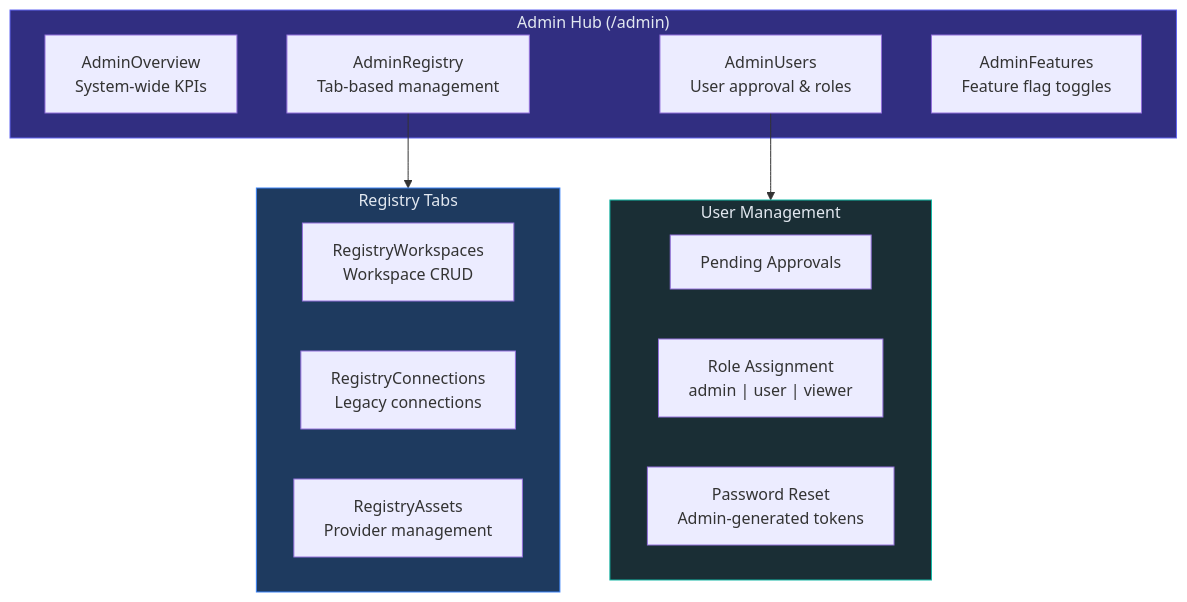
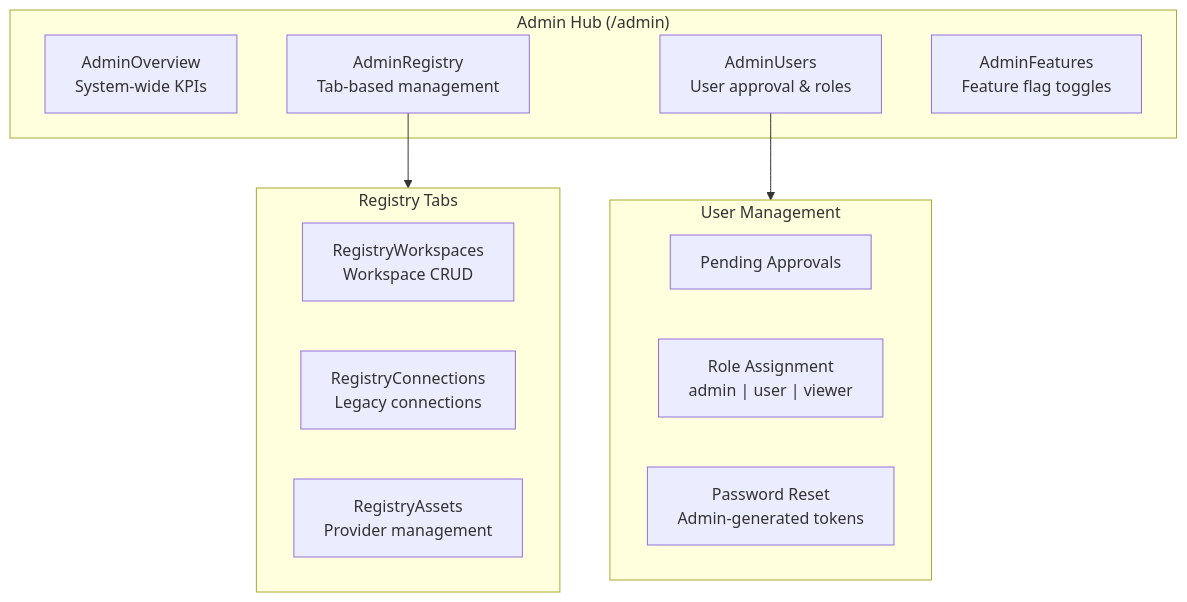
Before and after one commit to rkrumins/dataviz: the ninth of 11 diagrams in docs/FRONTEND.md, drawn with Mermaid. The commit also changed other lines of this file and 46 other files, not shown here.

````diff
--- a/docs/FRONTEND.md
+++ b/docs/FRONTEND.md
@@ -448,28 +429,25 @@
 ```mermaid
 graph TB
     subgraph Admin["Admin Hub (/admin)"]
         Overview["AdminOverview<br/>System-wide KPIs"]
         Registry["AdminRegistry<br/>Tab-based management"]
         Users["AdminUsers<br/>User approval & roles"]
         Features["AdminFeatures<br/>Feature flag toggles"]
     end
 
     subgraph RegistryTabs["Registry Tabs"]
         WSReg["RegistryWorkspaces<br/>Workspace CRUD"]
         ConnReg["RegistryConnections<br/>Legacy connections"]
         AssetReg["RegistryAssets<br/>Provider management"]
     end
 
     subgraph UserMgmt["User Management"]
         Pending["Pending Approvals"]
         RoleAssign["Role Assignment<br/>admin | user | viewer"]
         ResetPwd["Password Reset<br/>Admin-generated tokens"]
     end
 
     Registry --> RegistryTabs
     Users --> UserMgmt
 
-    style Admin fill:#312e81,stroke:#6366f1,color:#e2e8f0
-    style RegistryTabs fill:#1e3a5f,stroke:#3b82f6,color:#e2e8f0
-    style UserMgmt fill:#1a2e35,stroke:#14b8a6,color:#e2e8f0
 ```
````
